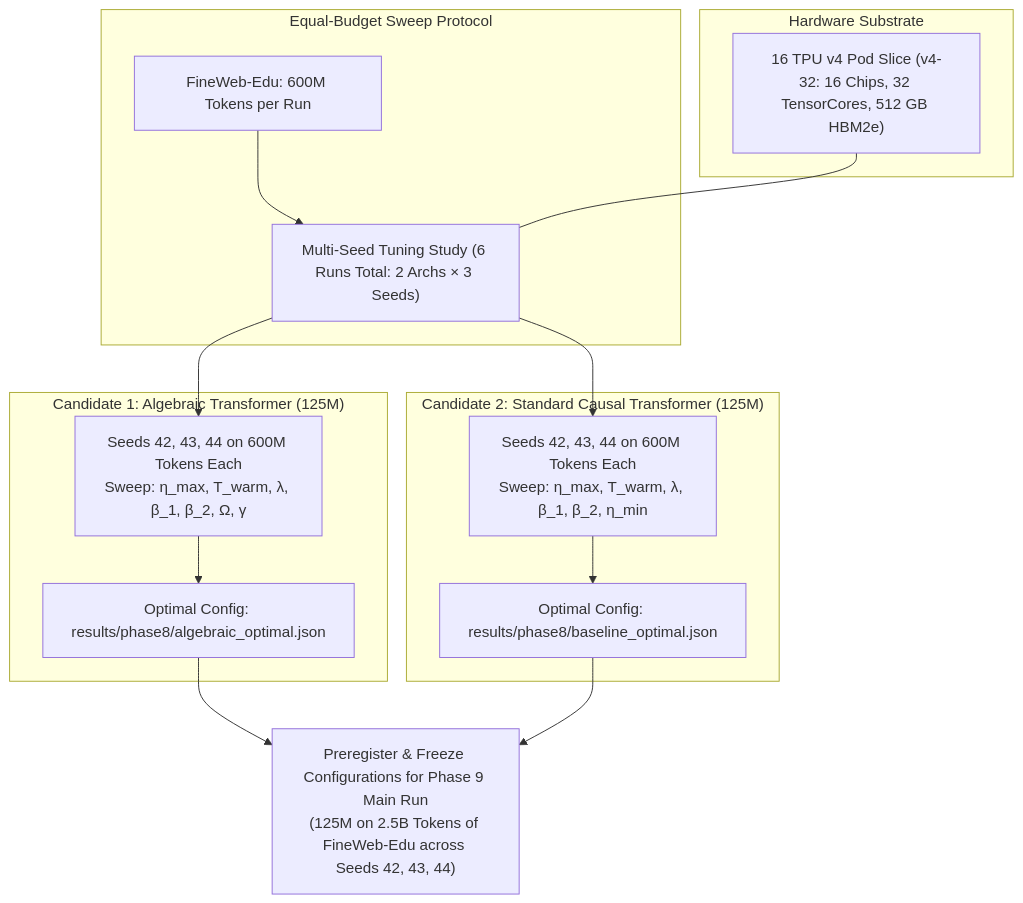
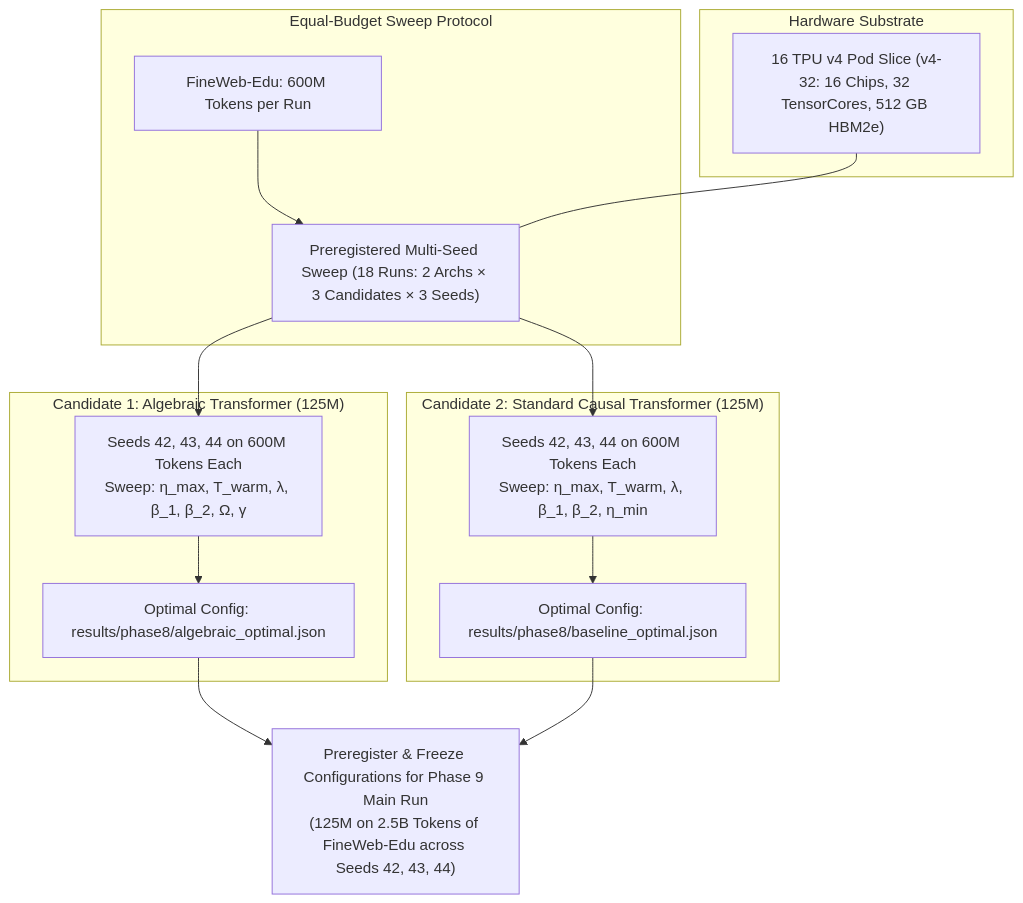
Before and after one commit to tasmaikeni13/algebraic-intelligence: the diagram in phases/phase8.md, drawn with Mermaid. The commit also changed other lines of this file and 51 other files, not shown here.

````diff
--- a/phases/phase8.md
+++ b/phases/phase8.md
@@ -28,26 +29,26 @@
 ```mermaid
 graph TD
     subgraph "Hardware Substrate"
         TPU["16 TPU v4 Pod Slice (v4-32: 16 Chips, 32 TensorCores, 512 GB HBM2e)"]
     end
 
     subgraph "Equal-Budget Sweep Protocol"
         Dataset["FineWeb-Edu: 600M Tokens per Run"]
-        SearchMethod["Multi-Seed Tuning Study (6 Runs Total: 2 Archs × 3 Seeds)"]
+        SearchMethod["Preregistered Multi-Seed Sweep (18 Runs: 2 Archs × 3 Candidates × 3 Seeds)"]
         Dataset --> SearchMethod
     end
 
     subgraph "Candidate 1: Algebraic Transformer (125M)"
         SearchMethod --> AlgSeeds["Seeds 42, 43, 44 on 600M Tokens Each<br/>Sweep: η_max, T_warm, λ, β_1, β_2, Ω, γ"]
         AlgSeeds --> OptAlg["Optimal Config: results/phase8/algebraic_optimal.json"]
     end
 
     subgraph "Candidate 2: Standard Causal Transformer (125M)"
         SearchMethod --> BaseSeeds["Seeds 42, 43, 44 on 600M Tokens Each<br/>Sweep: η_max, T_warm, λ, β_1, β_2, η_min"]
         BaseSeeds --> OptBase["Optimal Config: results/phase8/baseline_optimal.json"]
     end
 
     TPU --- SearchMethod
     OptAlg --> Freeze["Preregister & Freeze Configurations for Phase 9 Main Run<br/>(125M on 2.5B Tokens of FineWeb-Edu across Seeds 42, 43, 44)"]
     OptBase --> Freeze
 ```
````
